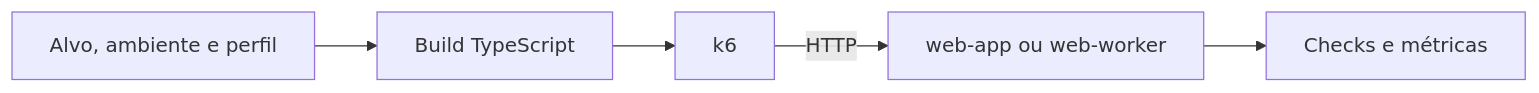
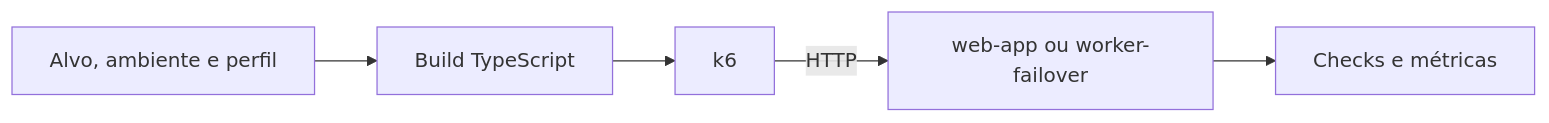
Before and after one commit to Solierrr/docs-warehouse: the diagram in readme/repositories/infra-stress/docs/ARCHITECTURE.md, drawn with Mermaid. The commit also changed 55 other files, not shown here.

Commit message:
docs: rename the infra-observability, worker-docs and worker-failover documentation

````diff
--- a/readme/repositories/infra-stress/docs/ARCHITECTURE.md
+++ b/readme/repositories/infra-stress/docs/ARCHITECTURE.md
@@ -9,7 +9,7 @@
 ```mermaid
 flowchart LR
  C[Alvo, ambiente e perfil] --> B[Build TypeScript]
  B --> K[k6]
- K -->|HTTP| W[web-app ou web-worker]
+ K -->|HTTP| W[web-app ou worker-failover]
  W --> R[Checks e métricas]
 ```
````
